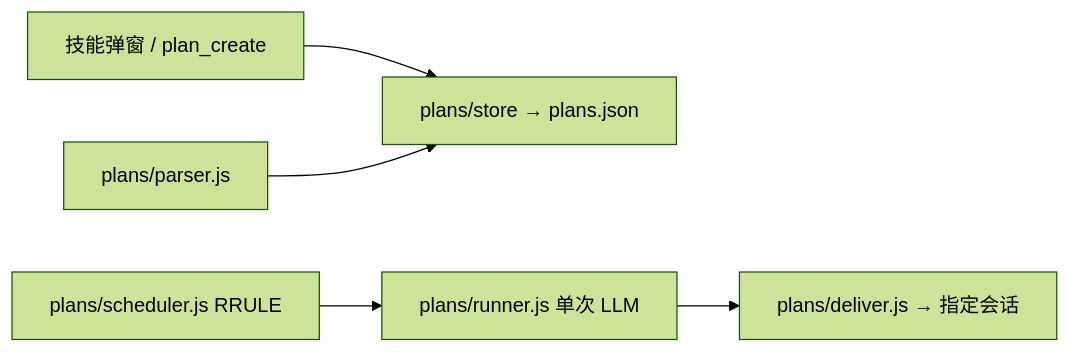
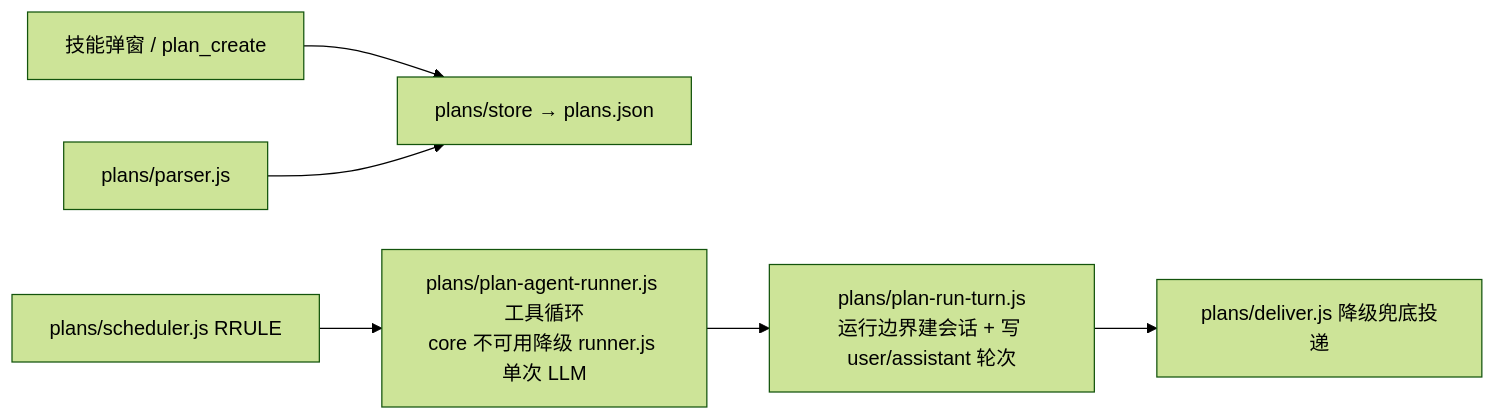
Diagram 13 of 15 in docs/ARCHITECTURE.md (zuochamo/dieyunagent), drawn with Mermaid (forest theme) before and after one commit. The commit also changed other lines of this file and 8 other files, not shown here.

````diff
--- a/docs/ARCHITECTURE.md
+++ b/docs/ARCHITECTURE.md
@@ -553,7 +553,8 @@
 ```mermaid
 flowchart LR
   UI[技能弹窗 / plan_create] --> Store[plans/store → plans.json]
-  Scheduler[plans/scheduler.js RRULE] --> Runner[plans/runner.js 单次 LLM]
-  Runner --> Deliver[plans/deliver.js → 指定会话]
+  Scheduler[plans/scheduler.js RRULE] --> Runner[plans/plan-agent-runner.js 工具循环<br/>core 不可用降级 runner.js 单次 LLM]
+  Runner --> Turn[plans/plan-run-turn.js<br/>运行边界建会话 + 写 user/assistant 轮次]
+  Turn --> Deliver[plans/deliver.js 降级兜底投递]
   Parser[plans/parser.js] --> Store
 ```
````
